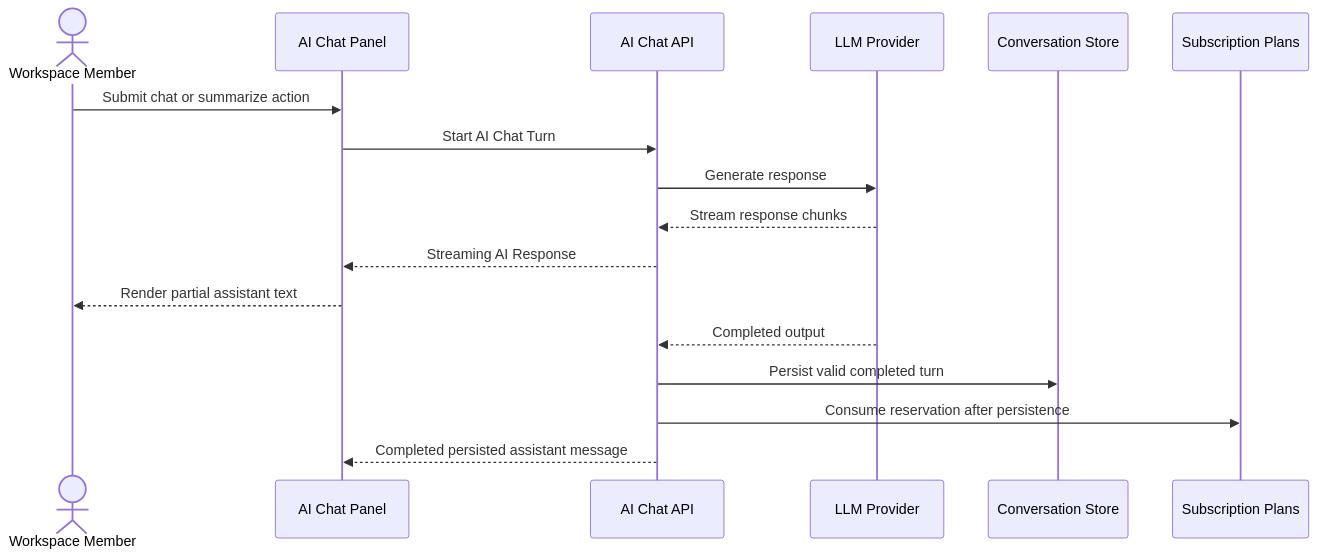
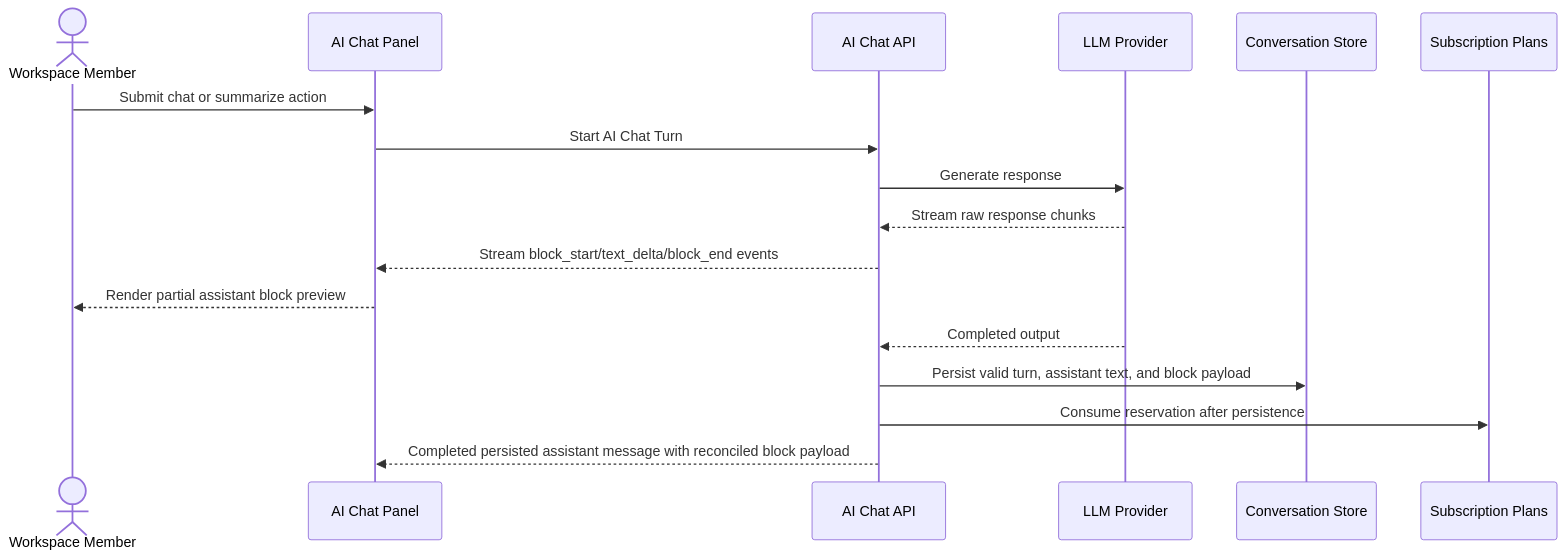
One commit to dauphaihau-camille/camille changed the diagram in docs/features/ai-assistance/flows/streaming-response.md. Above: the diagram before and after it, drawn with Mermaid. The commit also changed other lines of this file and 5 other files, not shown here.

Commit message:
docs(ai-assistance): document structured response block streaming

````diff
--- a/docs/features/ai-assistance/flows/streaming-response.md
+++ b/docs/features/ai-assistance/flows/streaming-response.md
@@ -5,20 +5,20 @@
 ```mermaid
 sequenceDiagram
   actor Member as Workspace Member
   participant Panel as AI Chat Panel
   participant API as AI Chat API
   participant Provider as LLM Provider
   participant Store as Conversation Store
   participant Billing as Subscription Plans
 
   Member->>Panel: Submit chat or summarize action
   Panel->>API: Start AI Chat Turn
   API->>Provider: Generate response
-  Provider-->>API: Stream response chunks
-  API-->>Panel: Streaming AI Response
-  Panel-->>Member: Render partial assistant text
+  Provider-->>API: Stream raw response chunks
+  API-->>Panel: Stream block_start/text_delta/block_end events
+  Panel-->>Member: Render partial assistant block preview
   Provider-->>API: Completed output
-  API->>Store: Persist valid completed turn
+  API->>Store: Persist valid turn, assistant text, and block payload
   API->>Billing: Consume reservation after persistence
-  API-->>Panel: Completed persisted assistant message
+  API-->>Panel: Completed persisted assistant message with reconciled block payload
 ```
````
